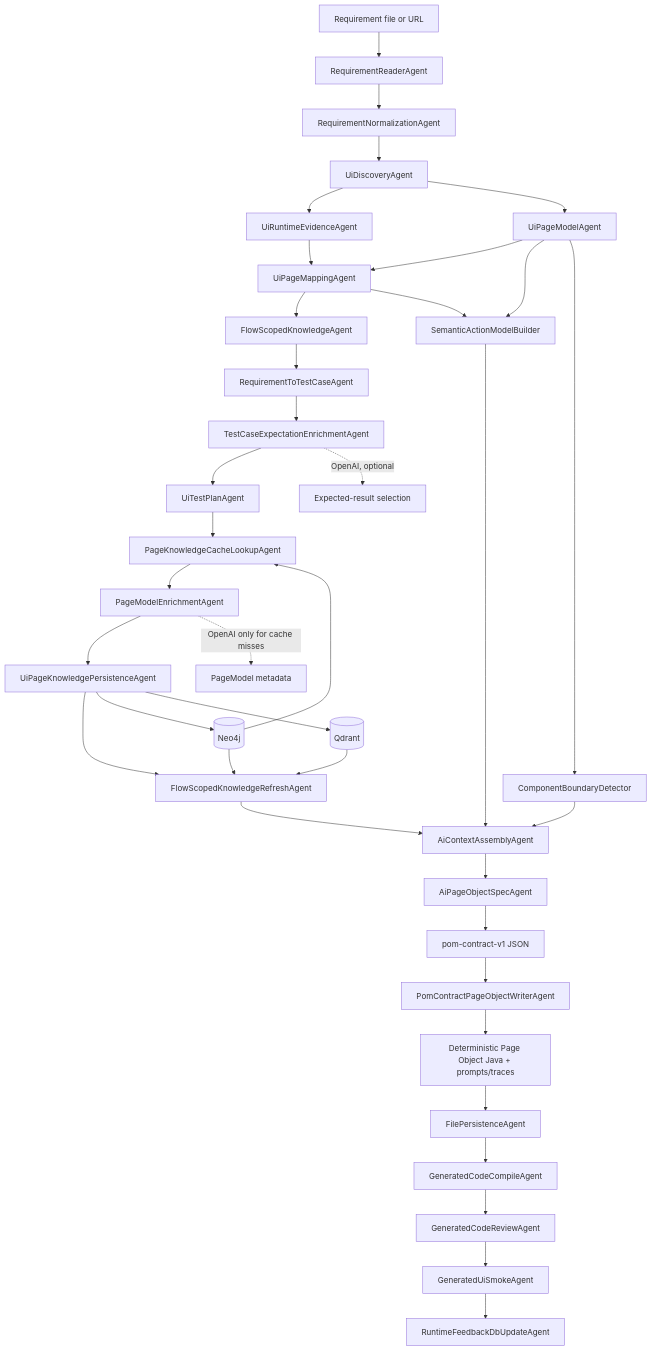
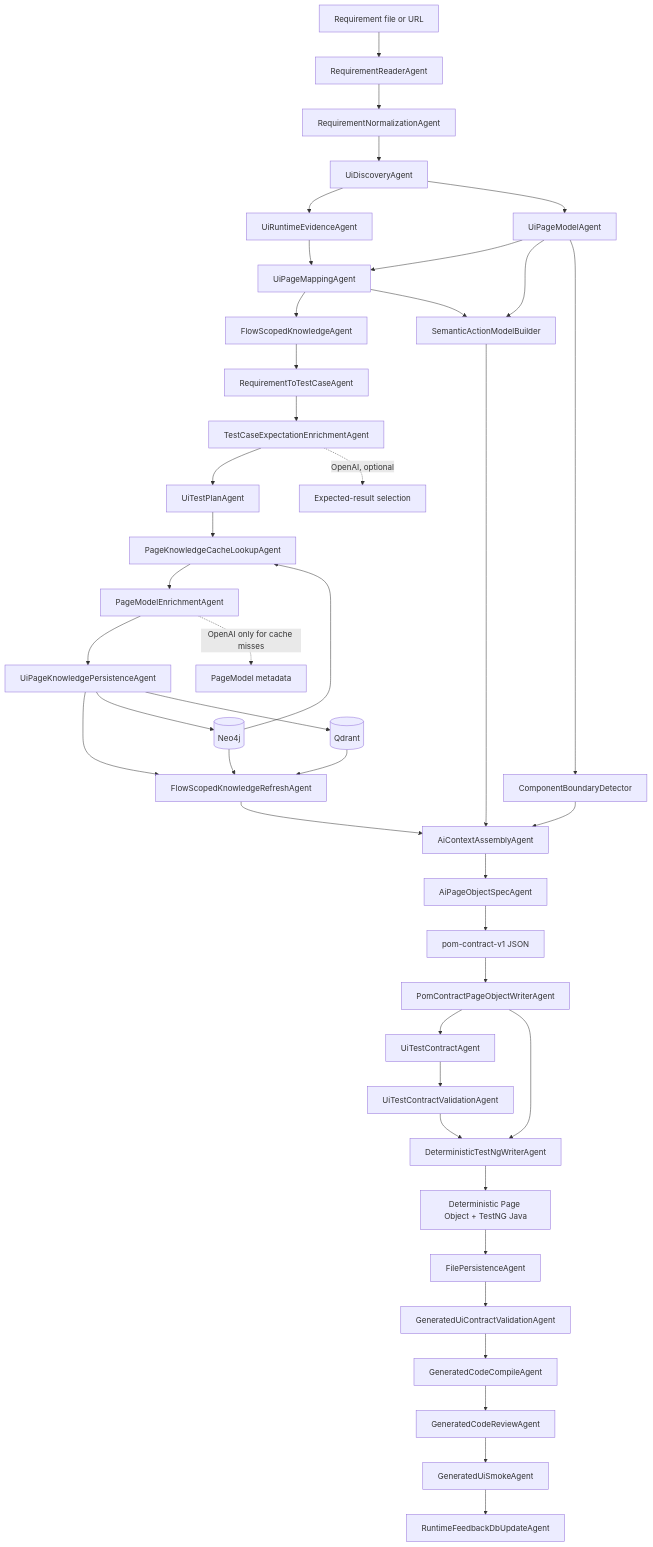
The first of 5 diagrams in docs/CURRENT_AI_UI_ARCHITECTURE.md (PKrasytskyi/AQAI), drawn with Mermaid before and after one commit. The commit also changed other lines of this file and 50 other files, not shown here.

Commit message:
feat: add typed UI test contract pipeline

````diff
--- a/docs/CURRENT_AI_UI_ARCHITECTURE.md
+++ b/docs/CURRENT_AI_UI_ARCHITECTURE.md
@@ -25,41 +25,46 @@
 ```mermaid
 flowchart TD
     A[Requirement file or URL] --> B[RequirementReaderAgent]
     B --> C[RequirementNormalizationAgent]
     C --> D[UiDiscoveryAgent]
     D --> RE[UiRuntimeEvidenceAgent]
     D --> E[UiPageModelAgent]
     RE --> F[UiPageMappingAgent]
     E --> F
     F --> G[FlowScopedKnowledgeAgent]
     G --> H[RequirementToTestCaseAgent]
     H --> I[TestCaseExpectationEnrichmentAgent]
     I --> J[UiTestPlanAgent]
     J --> K[PageKnowledgeCacheLookupAgent]
     K --> L[PageModelEnrichmentAgent]
     L --> M[UiPageKnowledgePersistenceAgent]
     M --> N[FlowScopedKnowledgeRefreshAgent]
     N --> O[AiContextAssemblyAgent]
     E --> SE[SemanticActionModelBuilder]
     E --> CM[ComponentBoundaryDetector]
     F --> SE
     CM --> O
     SE --> O
     O --> P[AiPageObjectSpecAgent]
     P --> PC[pom-contract-v1 JSON]
     PC --> PW[PomContractPageObjectWriterAgent]
-    PW --> S[Deterministic Page Object Java + prompts/traces]
+    PW --> TC[UiTestContractAgent]
+    TC --> TV[UiTestContractValidationAgent]
+    TV --> TW[DeterministicTestNgWriterAgent]
+    PW --> TW
+    TW --> S[Deterministic Page Object + TestNG Java]
     S --> FS[FilePersistenceAgent]
-    FS --> CV[GeneratedCodeCompileAgent]
+    FS --> GC[GeneratedUiContractValidationAgent]
+    GC --> CV[GeneratedCodeCompileAgent]
     CV --> RV[GeneratedCodeReviewAgent]
     RV --> SM[GeneratedUiSmokeAgent]
     SM --> FB[RuntimeFeedbackDbUpdateAgent]
 
     I -. OpenAI, optional .-> AI1[Expected-result selection]
     L -. OpenAI only for cache misses .-> AI2[PageModel metadata]
     M --> Q[(Neo4j)]
     M --> R[(Qdrant)]
     Q --> K
     Q --> N
     R --> N
 ```
````
